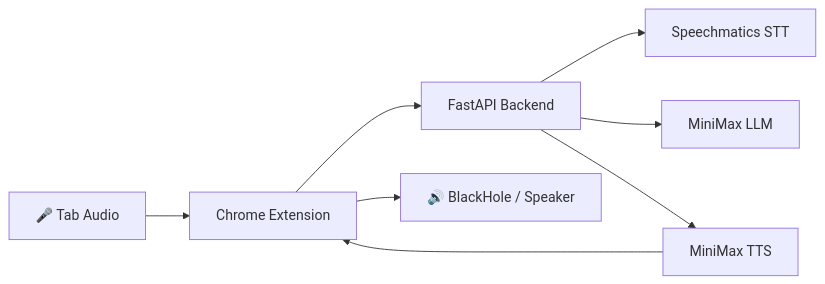
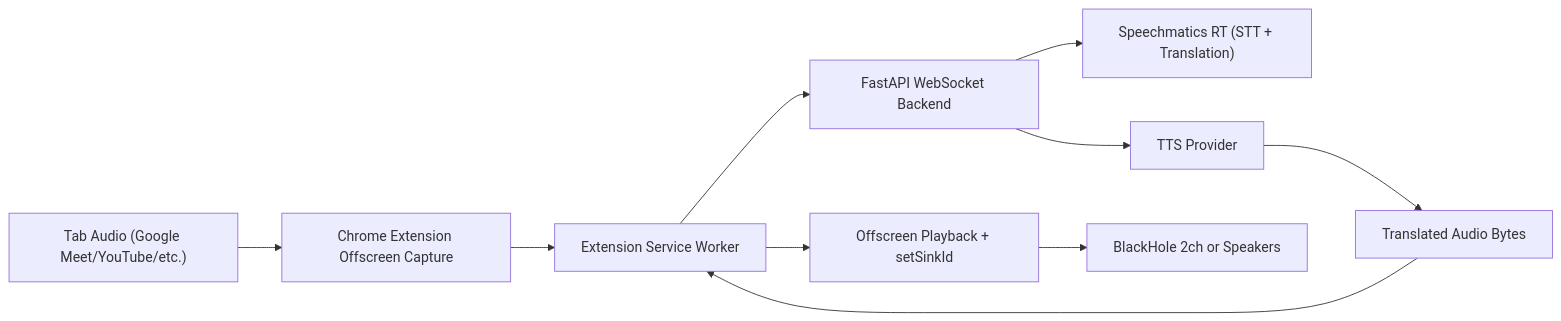
The first of 2 diagrams in architecture.md (shlawgathon/interpreter), drawn with Mermaid before and after one commit. The commit also changed other lines of this file and 9 other files, not shown here.

````diff
--- a/architecture.md
+++ b/architecture.md
@@ -7,10 +7,12 @@
 ```mermaid
 flowchart LR
-    A["🎤 Tab Audio"] --> B["Chrome Extension"]
-    B --> C["FastAPI Backend"]
-    C --> D["Speechmatics STT"]
-    C --> E["MiniMax LLM"]
-    C --> F["MiniMax TTS"]
-    F --> B
-    B --> G["🔊 BlackHole / Speaker"]
+    A["Tab Audio (Google Meet/YouTube/etc.)"] --> B["Chrome Extension Offscreen Capture"]
+    B --> C["Extension Service Worker"]
+    C --> D["FastAPI WebSocket Backend"]
+    D --> E["Speechmatics RT (STT + Translation)"]
+    D --> F["TTS Provider"]
+    F --> G["Translated Audio Bytes"]
+    G --> C
+    C --> H["Offscreen Playback + setSinkId"]
+    H --> I["BlackHole 2ch or Speakers"]
 ```
````
